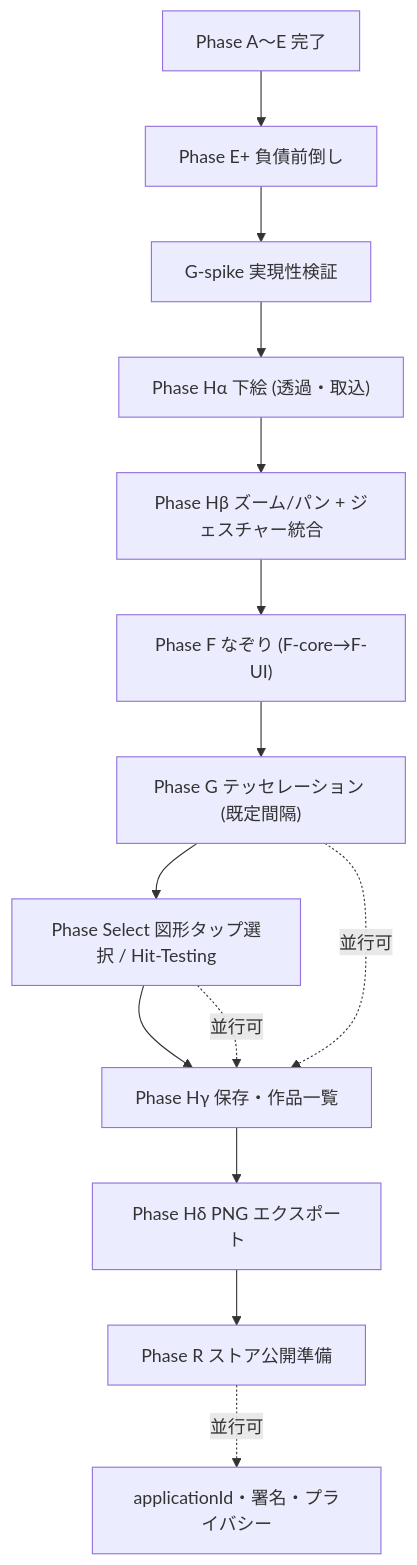
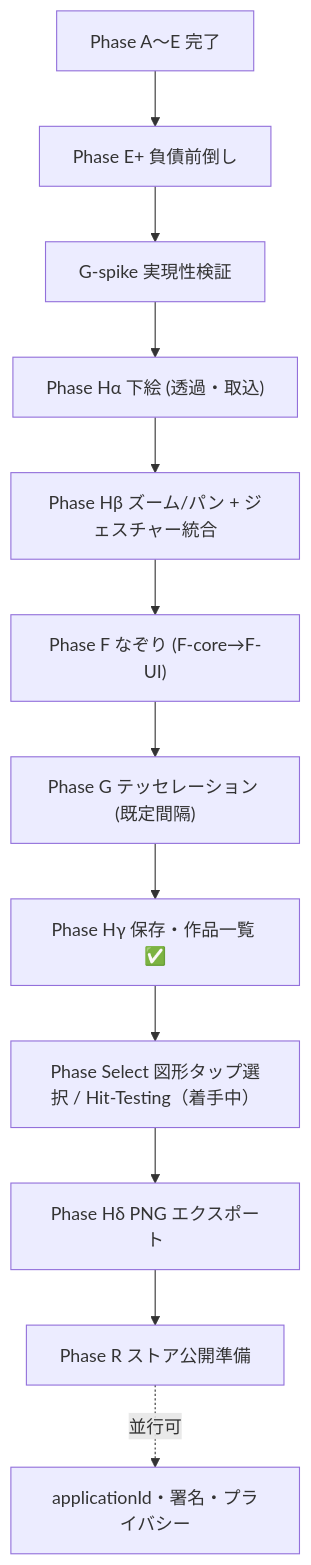
The second of 2 diagrams in .cursor/plans/ポリゴンアプリ再設計_e54196e6.plan.md (tukimibook/lowpoly_maker), drawn with Mermaid before and after one commit. The commit also changed other lines of this file and 4 other files, not shown here.

Commit message:
docs: complete Phase H gamma and transition to Phase Select

````diff
--- a/.cursor/plans/ポリゴンアプリ再設計_e54196e6.plan.md
+++ b/.cursor/plans/ポリゴンアプリ再設計_e54196e6.plan.md
@@ -115,16 +115,14 @@
 ```mermaid
 flowchart TD
   Done["Phase A〜E 完了"] --> Eplus["Phase E+ 負債前倒し"]
   Eplus --> Gspike["G-spike 実現性検証"]
   Gspike --> Ha["Phase Hα 下絵 (透過・取込)"]
   Ha --> Hb["Phase Hβ ズーム/パン + ジェスチャー統合"]
   Hb --> F["Phase F なぞり (F-core→F-UI)"]
   F --> G["Phase G テッセレーション (既定間隔)"]
-  G --> Select["Phase Select 図形タップ選択 / Hit-Testing"]
-  Select --> Hg["Phase Hγ 保存・作品一覧"]
-  G -.->|並行可| Hg
-  Select -.->|並行可| Hg
-  Hg --> Hd["Phase Hδ PNG エクスポート"]
+  G --> Hg["Phase Hγ 保存・作品一覧 ✅"]
+  Hg --> Select["Phase Select 図形タップ選択 / Hit-Testing（着手中）"]
+  Select --> Hd["Phase Hδ PNG エクスポート"]
   Hd --> R["Phase R ストア公開準備"]
   R -.->|並行可| Rearly["applicationId・署名・プライバシー"]
 ```
````
